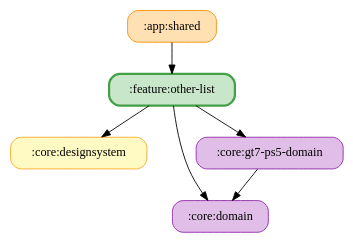
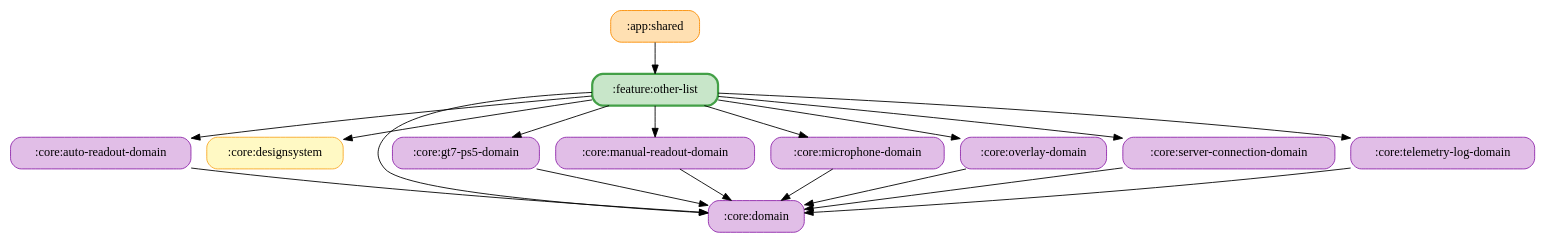
The diagram in docs/graphs/feature-other-list.gv (ai-kurou/KoDriver), drawn with Graphviz before and after one commit. The commit also changed 1047 other files, not shown here.

```diff
--- a/docs/graphs/feature-other-list.gv
+++ b/docs/graphs/feature-other-list.gv
@@ -1,14 +1,32 @@
 digraph G {
   rankdir=TB
   node [shape=box, style="rounded,filled"]
   ":app:shared" [fillcolor="#FFE0B2", color="#FB8C00", penwidth=1]
+  ":core:auto-readout-domain" [fillcolor="#E1BEE7", color="#8E24AA", penwidth=1]
   ":core:designsystem" [fillcolor="#FFF9C4", color="#F9A825", penwidth=1]
   ":core:domain" [fillcolor="#E1BEE7", color="#8E24AA", penwidth=1]
   ":core:gt7-ps5-domain" [fillcolor="#E1BEE7", color="#8E24AA", penwidth=1]
+  ":core:manual-readout-domain" [fillcolor="#E1BEE7", color="#8E24AA", penwidth=1]
+  ":core:microphone-domain" [fillcolor="#E1BEE7", color="#8E24AA", penwidth=1]
+  ":core:overlay-domain" [fillcolor="#E1BEE7", color="#8E24AA", penwidth=1]
+  ":core:server-connection-domain" [fillcolor="#E1BEE7", color="#8E24AA", penwidth=1]
+  ":core:telemetry-log-domain" [fillcolor="#E1BEE7", color="#8E24AA", penwidth=1]
   ":feature:other-list" [fillcolor="#C8E6C9", color="#43A047", penwidth=2.5]
   ":app:shared" -> ":feature:other-list"
+  ":core:auto-readout-domain" -> ":core:domain"
   ":core:gt7-ps5-domain" -> ":core:domain"
+  ":core:manual-readout-domain" -> ":core:domain"
+  ":core:microphone-domain" -> ":core:domain"
+  ":core:overlay-domain" -> ":core:domain"
+  ":core:server-connection-domain" -> ":core:domain"
+  ":core:telemetry-log-domain" -> ":core:domain"
   ":feature:other-list" -> ":core:domain"
+  ":feature:other-list" -> ":core:auto-readout-domain"
+  ":feature:other-list" -> ":core:telemetry-log-domain"
+  ":feature:other-list" -> ":core:server-connection-domain"
+  ":feature:other-list" -> ":core:manual-readout-domain"
+  ":feature:other-list" -> ":core:microphone-domain"
+  ":feature:other-list" -> ":core:overlay-domain"
   ":feature:other-list" -> ":core:gt7-ps5-domain"
   ":feature:other-list" -> ":core:designsystem"
 }
```
